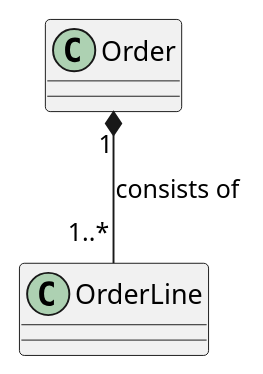
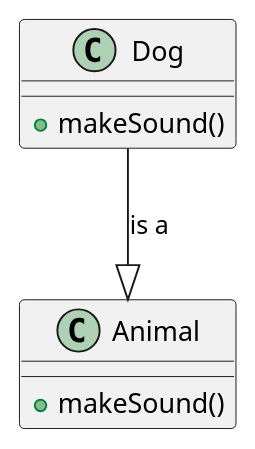
One commit to andikatjacobdennis/UML changed the fourth of 9 diagrams in relationships/UML_Relationships_Tutorial.md. Above: the diagram before and after it, drawn with PlantUML. The commit also changed other lines of this file, not shown here.

````diff
--- a/relationships/UML_Relationships_Tutorial.md
+++ b/relationships/UML_Relationships_Tutorial.md
@@ -111,10 +74,11 @@
 ```plantuml
 @startuml
-class Order {
+class Animal {
+  +makeSound()
 }
-class OrderLine {
+class Dog {
+  +makeSound()
 }
-
-Order "1" *-- "1..*" OrderLine : consists of
+Dog --|> Animal : is a
 @enduml
 ```
````
